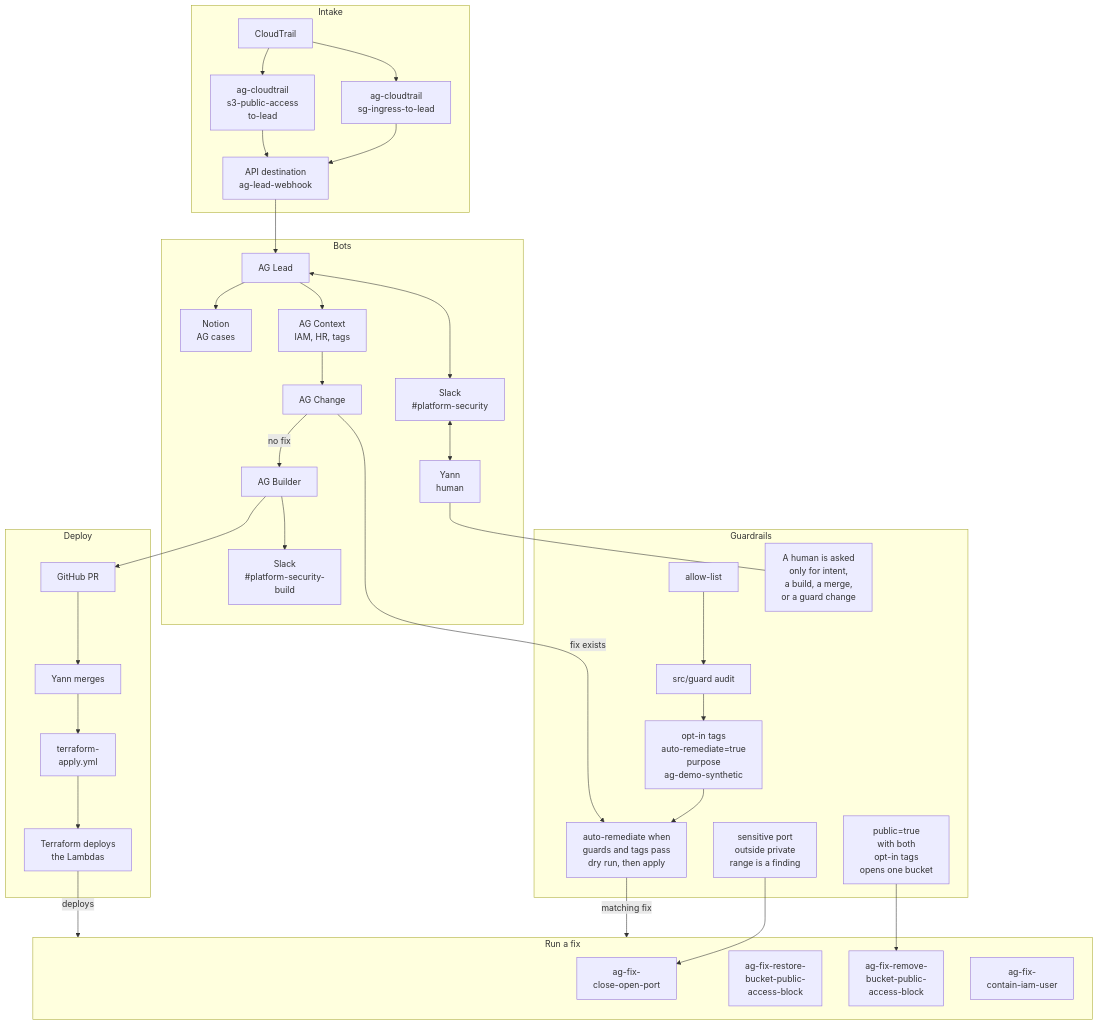
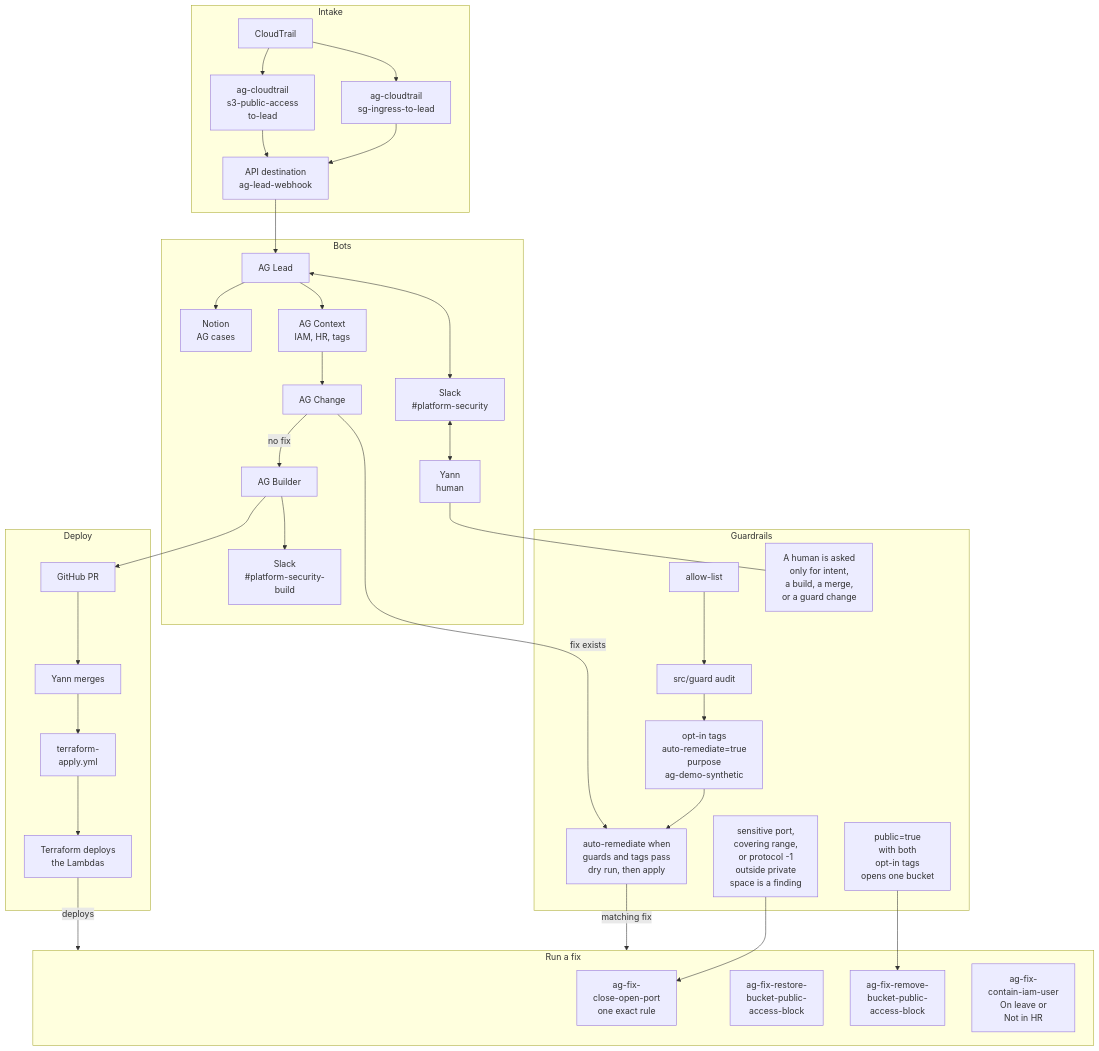
The diagram in README.md (yannhowe/access-guardian), drawn with Mermaid before and after one commit. The commit also changed other lines of this file and 3 other files, not shown here.

````diff
--- a/README.md
+++ b/README.md
@@ -13,63 +13,63 @@
 ```mermaid
 flowchart TD
   subgraph intakeBox [Intake]
     cloudtrail[CloudTrail]
     sgRule["ag-cloudtrail<br/>sg-ingress-to-lead"]
     s3Rule["ag-cloudtrail<br/>s3-public-access<br/>to-lead"]
     apiDest["API destination<br/>ag-lead-webhook"]
     cloudtrail --> sgRule --> apiDest
     cloudtrail --> s3Rule --> apiDest
   end
 
   subgraph botsBox [Bots]
     lead[AG Lead]
     notion["Notion<br/>AG cases"]
     slackCases["Slack<br/>#platform-security"]
     context["AG Context<br/>IAM, HR, tags"]
     changeBot[AG Change]
     builder[AG Builder]
     slackBuild["Slack<br/>#platform-security-<br/>build"]
     yann["Yann<br/>human"]
   end
 
   subgraph deployBox [Deploy]
     pr[GitHub PR]
     merges[Yann merges]
     applyWf["terraform-<br/>apply.yml"]
     terraform["Terraform deploys<br/>the Lambdas"]
     pr --> merges --> applyWf --> terraform
   end
 
   subgraph runBox [Run a fix]
-    closeFn["ag-fix-<br/>close-open-port"]
+    closeFn["ag-fix-<br/>close-open-port<br/>one exact rule"]
     restoreFn["ag-fix-restore-<br/>bucket-public-<br/>access-block"]
     removeFn["ag-fix-remove-<br/>bucket-public-<br/>access-block"]
-    containFn["ag-fix-<br/>contain-iam-user"]
+    containFn["ag-fix-<br/>contain-iam-user<br/>On leave or<br/>Not in HR"]
   end
 
   subgraph gatesBox [Guardrails]
     allowList[allow-list]
     guardAudit["src/guard audit"]
     optIn["opt-in tags<br/>auto-remediate=true<br/>purpose<br/>ag-demo-synthetic"]
-    portRule["sensitive port<br/>outside private<br/>range is a finding"]
+    portRule["sensitive port,<br/>covering range,<br/>or protocol -1<br/>outside private<br/>space is a finding"]
     publicTag["public=true<br/>with both<br/>opt-in tags<br/>opens one bucket"]
     autoRun["auto-remediate when<br/>guards and tags pass<br/>dry run, then apply"]
     humanAsk["A human is asked<br/>only for intent,<br/>a build, a merge,<br/>or a guard change"]
     allowList --> guardAudit --> optIn --> autoRun
   end
 
   apiDest --> lead
   lead --> notion
   lead <--> slackCases
   slackCases <--> yann
   yann --- humanAsk
   lead --> context --> changeBot
   changeBot -->|"fix exists"| autoRun
   autoRun -->|"matching fix"| runBox
   changeBot -->|"no fix"| builder
   builder --> slackBuild
   builder --> pr
   terraform -->|"deploys"| runBox
   portRule --> closeFn
   publicTag --> removeFn
 ```
````
